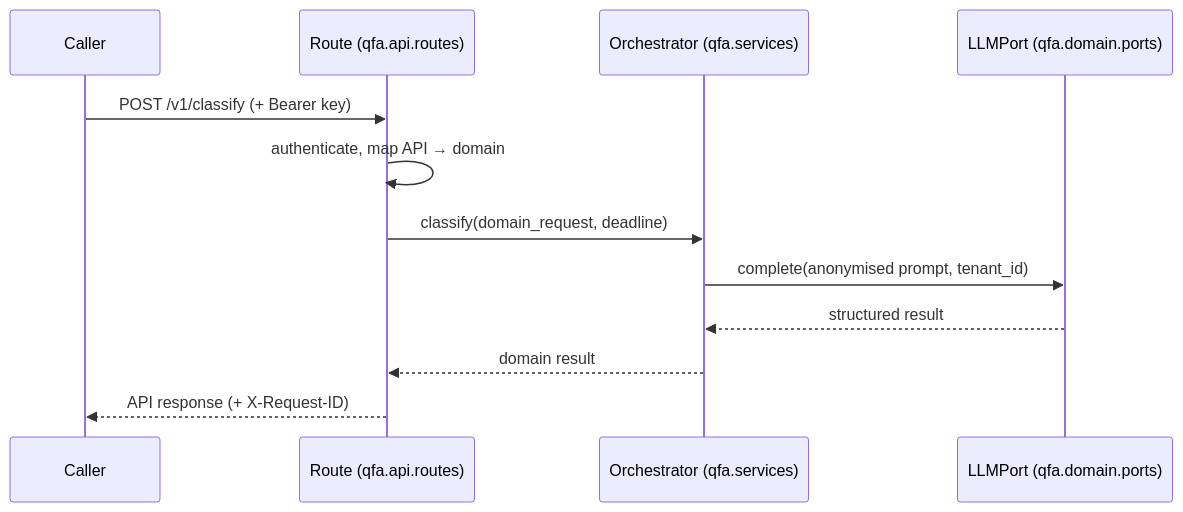
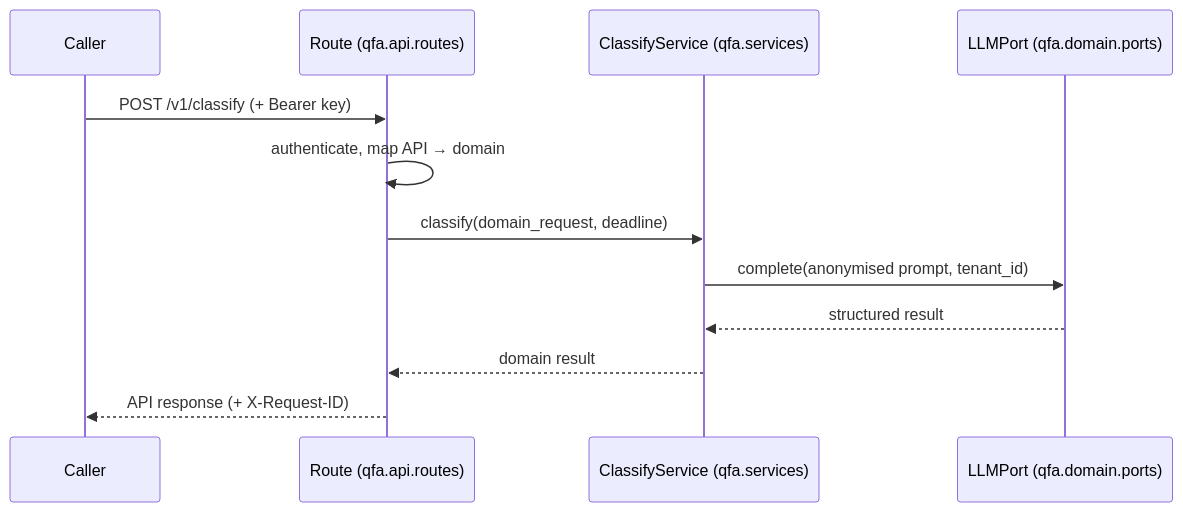
One commit to rodekruis/qualitative-feedback-analysis changed the diagram in docs/development/implementing-a-new-endpoint.md. Above: the diagram before and after it, drawn with Mermaid. The commit also changed other lines of this file and 10 other files, not shown here.

First line of the commit message:
docs: refresh architecture and development docs after Orchestrator removal

````diff
--- a/docs/development/implementing-a-new-endpoint.md
+++ b/docs/development/implementing-a-new-endpoint.md
@@ -27,14 +27,14 @@
 ```{mermaid}
 sequenceDiagram
     participant C as Caller
     participant R as Route (qfa.api.routes)
-    participant O as Orchestrator (qfa.services)
+    participant S as ClassifyService (qfa.services)
     participant L as LLMPort (qfa.domain.ports)
     C->>R: POST /v1/classify (+ Bearer key)
     R->>R: authenticate, map API → domain
-    R->>O: classify(domain_request, deadline)
-    O->>L: complete(anonymised prompt, tenant_id)
-    L-->>O: structured result
-    O-->>R: domain result
+    R->>S: classify(domain_request, deadline)
+    S->>L: complete(anonymised prompt, tenant_id)
+    L-->>S: structured result
+    S-->>R: domain result
     R-->>C: API response (+ X-Request-ID)
 ```
````
